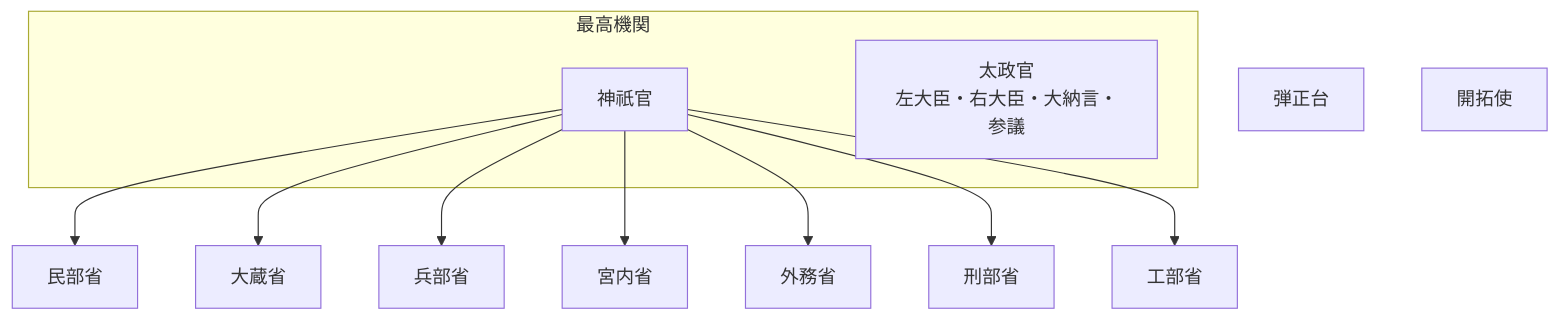
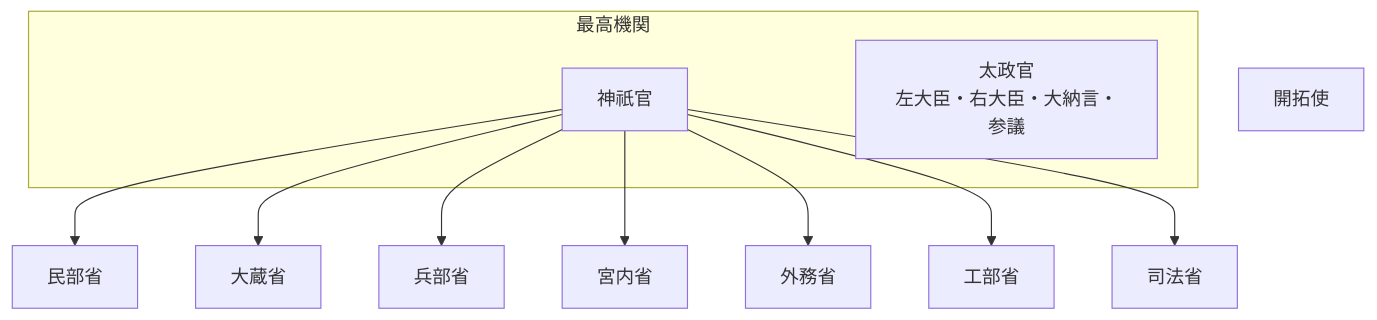
The diagram in README.md (tatemaru/jp-admin-org-chart), drawn with Mermaid before and after one commit. The commit also changed other lines of this file, not shown here.

Commit message:
feat(司法省): 刑部省・弾正台を廃し司法省を設置
根拠: 官制
施行: 1871-08-24（明治4年7月9日）
出典: JACAR history1 / transition1

種別: 改組
備考: Git日付制約のため AuthorDate/CommitDate は 1970-01-02

````diff
--- a/README.md
+++ b/README.md
@@ -9,24 +9,23 @@
 ```mermaid
 flowchart TB
   subgraph top["最高機関"]
     JingiKan["神祇官"]
     Dajokan["太政官
 左大臣・右大臣・大納言・参議"]
   end
   Minbu["民部省"]
   JingiKan --> Minbu
   Okura["大蔵省"]
   JingiKan --> Okura
   Hyobu["兵部省"]
   JingiKan --> Hyobu
   Kunai["宮内省"]
   JingiKan --> Kunai
   Gaimu["外務省"]
   JingiKan --> Gaimu
-  Keibu["刑部省"]
-  JingiKan --> Keibu
   Kobu["工部省"]
   JingiKan --> Kobu
-  Danjo["弾正台"]
+  Shiho["司法省"]
+  JingiKan --> Shiho
   Kaitaku["開拓使"]
 ```
````
